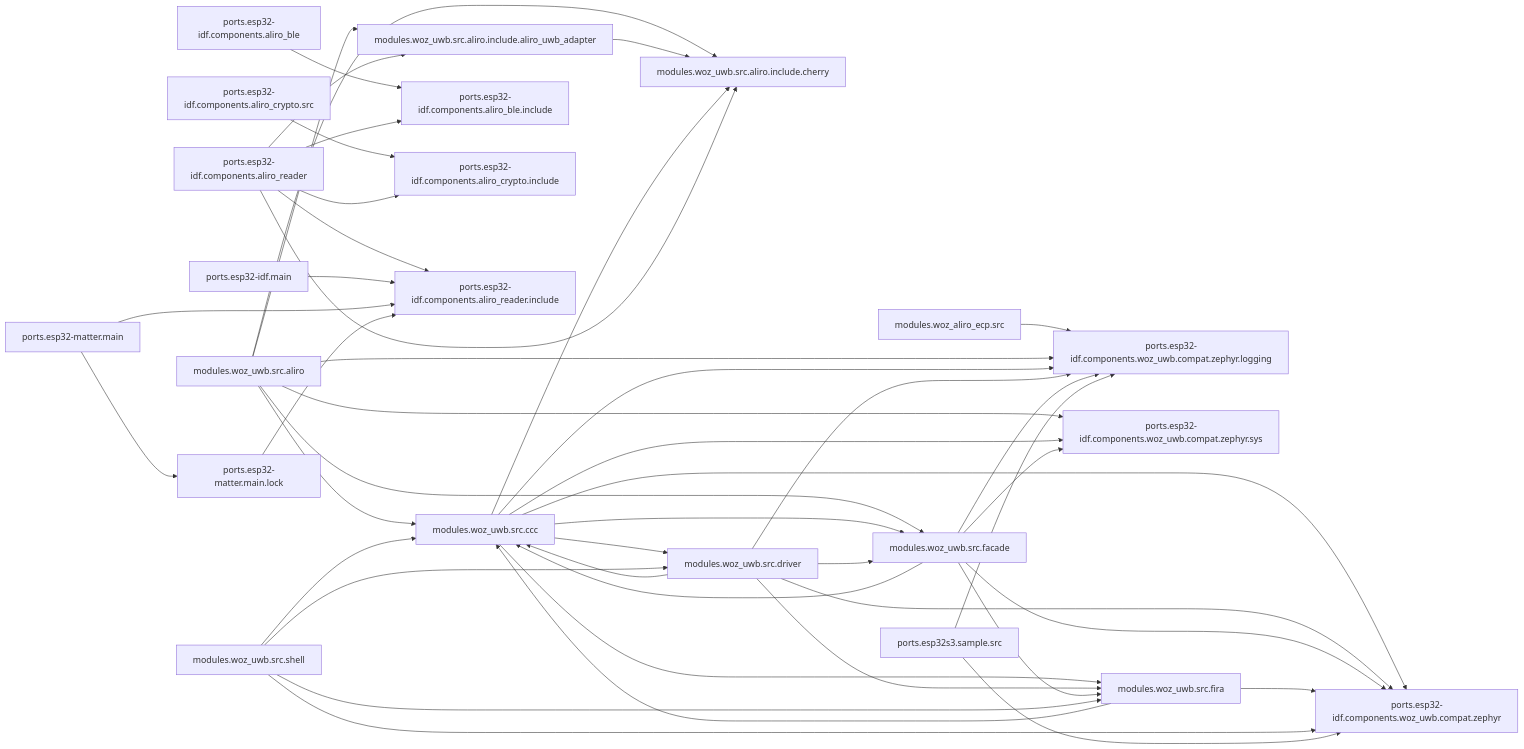
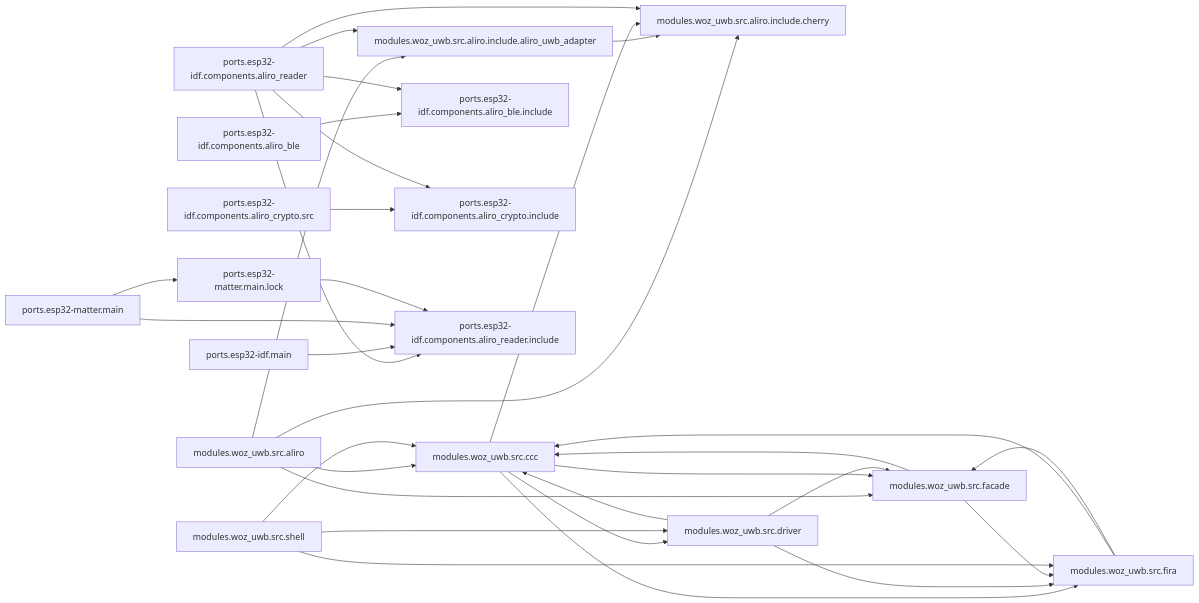
The diagram in docs/ARCHITECTURE.md (jonathan-shc/UWB), drawn with Mermaid before and after one commit. The commit also changed other lines of this file and 44 other files, not shown here.

````diff
--- a/docs/ARCHITECTURE.md
+++ b/docs/ARCHITECTURE.md
@@ -6,47 +6,33 @@
 ```mermaid
 flowchart LR
-  modules.woz_aliro_ecp.src --> ports.esp32-idf.components.woz_uwb.compat.zephyr.logging
   modules.woz_uwb.src.aliro --> modules.woz_uwb.src.aliro.include.aliro_uwb_adapter
   modules.woz_uwb.src.aliro --> modules.woz_uwb.src.aliro.include.cherry
   modules.woz_uwb.src.aliro --> modules.woz_uwb.src.ccc
   modules.woz_uwb.src.aliro --> modules.woz_uwb.src.facade
-  modules.woz_uwb.src.aliro --> ports.esp32-idf.components.woz_uwb.compat.zephyr.logging
-  modules.woz_uwb.src.aliro --> ports.esp32-idf.components.woz_uwb.compat.zephyr.sys
   modules.woz_uwb.src.aliro.include.aliro_uwb_adapter --> modules.woz_uwb.src.aliro.include.cherry
   modules.woz_uwb.src.ccc --> modules.woz_uwb.src.aliro.include.cherry
   modules.woz_uwb.src.ccc --> modules.woz_uwb.src.driver
   modules.woz_uwb.src.ccc --> modules.woz_uwb.src.facade
   modules.woz_uwb.src.ccc --> modules.woz_uwb.src.fira
-  modules.woz_uwb.src.ccc --> ports.esp32-idf.components.woz_uwb.compat.zephyr
-  modules.woz_uwb.src.ccc --> ports.esp32-idf.components.woz_uwb.compat.zephyr.logging
-  modules.woz_uwb.src.ccc --> ports.esp32-idf.components.woz_uwb.compat.zephyr.sys
   modules.woz_uwb.src.driver --> modules.woz_uwb.src.ccc
   modules.woz_uwb.src.driver --> modules.woz_uwb.src.facade
   modules.woz_uwb.src.driver --> modules.woz_uwb.src.fira
-  modules.woz_uwb.src.driver --> ports.esp32-idf.components.woz_uwb.compat.zephyr
-  modules.woz_uwb.src.driver --> ports.esp32-idf.components.woz_uwb.compat.zephyr.logging
   modules.woz_uwb.src.facade --> modules.woz_uwb.src.ccc
   modules.woz_uwb.src.facade --> modules.woz_uwb.src.fira
-  modules.woz_uwb.src.facade --> ports.esp32-idf.components.woz_uwb.compat.zephyr
-  modules.woz_uwb.src.facade --> ports.esp32-idf.components.woz_uwb.compat.zephyr.logging
-  modules.woz_uwb.src.facade --> ports.esp32-idf.components.woz_uwb.compat.zephyr.sys
   modules.woz_uwb.src.fira --> modules.woz_uwb.src.ccc
-  modules.woz_uwb.src.fira --> ports.esp32-idf.components.woz_uwb.compat.zephyr
+  modules.woz_uwb.src.fira --> modules.woz_uwb.src.facade
   modules.woz_uwb.src.shell --> modules.woz_uwb.src.ccc
   modules.woz_uwb.src.shell --> modules.woz_uwb.src.driver
   modules.woz_uwb.src.shell --> modules.woz_uwb.src.fira
-  modules.woz_uwb.src.shell --> ports.esp32-idf.components.woz_uwb.compat.zephyr
   ports.esp32-idf.components.aliro_ble --> ports.esp32-idf.components.aliro_ble.include
   ports.esp32-idf.components.aliro_crypto.src --> ports.esp32-idf.components.aliro_crypto.include
   ports.esp32-idf.components.aliro_reader --> modules.woz_uwb.src.aliro.include.aliro_uwb_adapter
   ports.esp32-idf.components.aliro_reader --> modules.woz_uwb.src.aliro.include.cherry
   ports.esp32-idf.components.aliro_reader --> ports.esp32-idf.components.aliro_ble.include
   ports.esp32-idf.components.aliro_reader --> ports.esp32-idf.components.aliro_crypto.include
   ports.esp32-idf.components.aliro_reader --> ports.esp32-idf.components.aliro_reader.include
   ports.esp32-idf.main --> ports.esp32-idf.components.aliro_reader.include
   ports.esp32-matter.main --> ports.esp32-idf.components.aliro_reader.include
   ports.esp32-matter.main --> ports.esp32-matter.main.lock
   ports.esp32-matter.main.lock --> ports.esp32-idf.components.aliro_reader.include
-  ports.esp32s3.sample.src --> ports.esp32-idf.components.woz_uwb.compat.zephyr
-  ports.esp32s3.sample.src --> ports.esp32-idf.components.woz_uwb.compat.zephyr.logging
 ```
````
